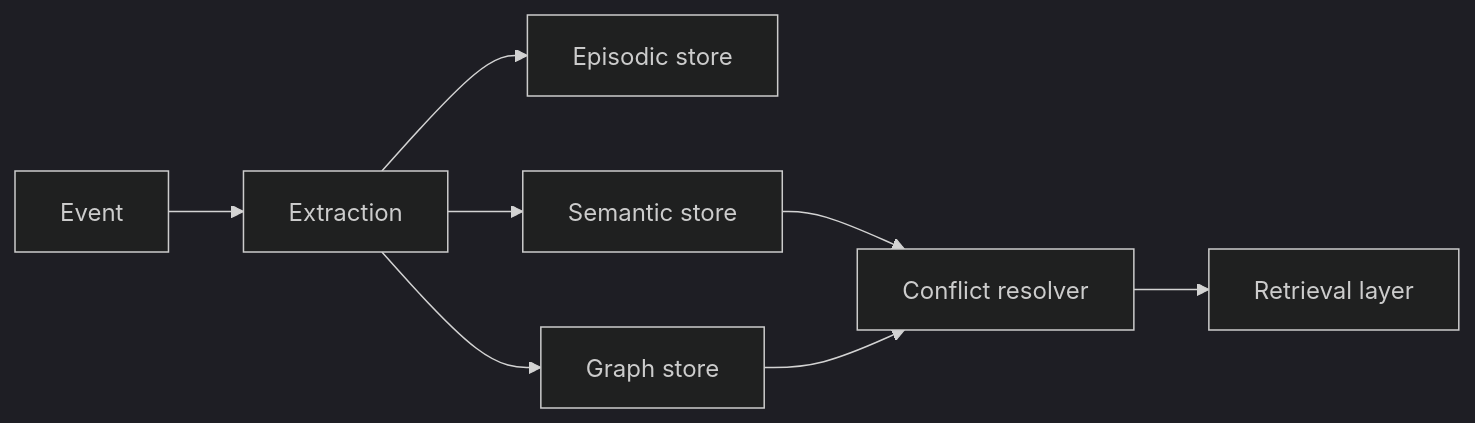
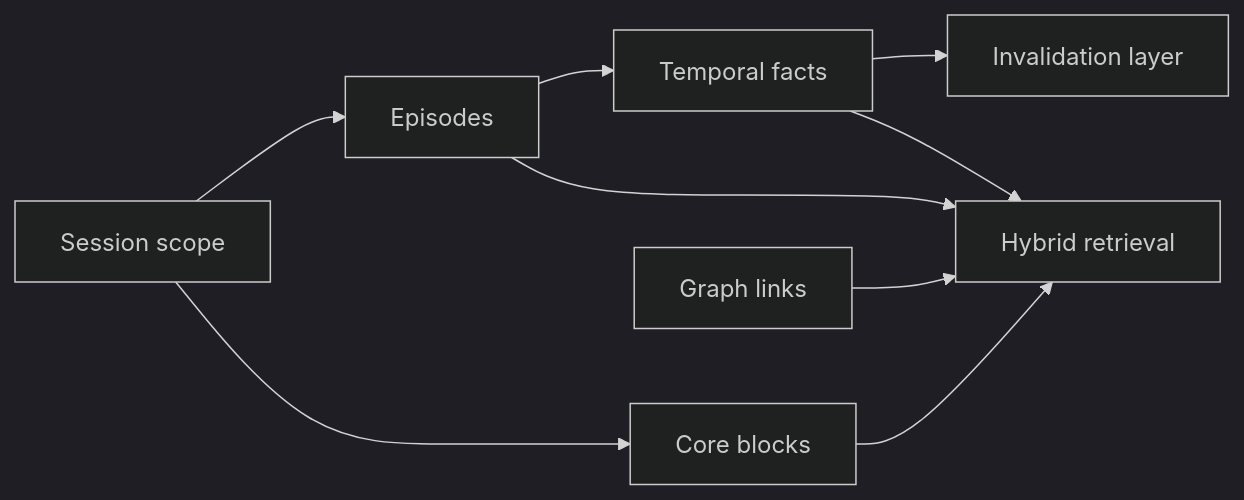
The diagram in README.md (mastroke/memory-layer-rnd), drawn with Mermaid (dark theme) before and after one commit. The commit also changed other lines of this file and 9 other files, not shown here.

First line of the commit message:
Implement scoped temporal memory harness from Mem0, Graphiti and Letta patterns.

````diff
--- a/README.md
+++ b/README.md
@@ -11,10 +11,11 @@
 ```mermaid
 flowchart LR
-    Event["Event"] --> Extract["Extraction"]
-    Extract --> Episodic["Episodic store"]
-    Extract --> Semantic["Semantic store"]
-    Extract --> Graph["Graph store"]
-    Semantic --> Resolve["Conflict resolver"]
-    Graph --> Resolve
-    Resolve --> Retrieve["Retrieval layer"]
+    Scope["Session scope"] --> Episode["Episodes"]
+    Scope --> Blocks["Core blocks"]
+    Episode --> Facts["Temporal facts"]
+    Facts --> Invalidate["Invalidation layer"]
+    Blocks --> Retrieve["Hybrid retrieval"]
+    Facts --> Retrieve
+    Graph["Graph links"] --> Retrieve
+    Episode --> Retrieve
 ```
````
